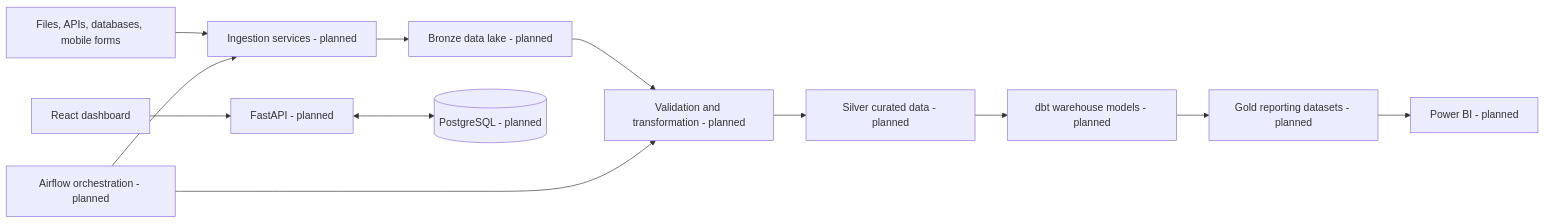
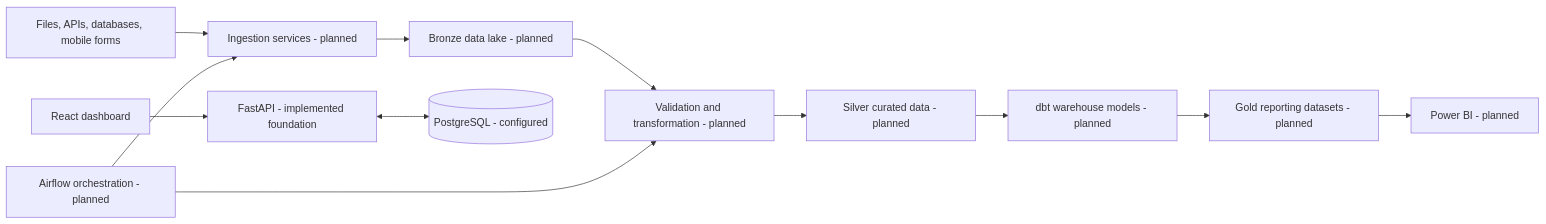
Before and after one commit to Zamokuhlecoder/ImpactFlow: the second of 2 diagrams in docs/SYSTEM_ARCHITECTURE.md, drawn with Mermaid. The commit also changed other lines of this file and 26 other files, not shown here.

````diff
--- a/docs/SYSTEM_ARCHITECTURE.md
+++ b/docs/SYSTEM_ARCHITECTURE.md
@@ -20,14 +22,14 @@
 ```mermaid
 flowchart LR
     S[Files, APIs, databases, mobile forms] --> I[Ingestion services - planned]
     I --> B[Bronze data lake - planned]
     B --> T[Validation and transformation - planned]
     T --> SI[Silver curated data - planned]
     SI --> D[dbt warehouse models - planned]
     D --> G[Gold reporting datasets - planned]
     G --> BI[Power BI - planned]
-    API[FastAPI - planned] <--> PG[(PostgreSQL - planned)]
+    API[FastAPI - implemented foundation] <--> PG[(PostgreSQL - configured)]
     FE[React dashboard] --> API
     O[Airflow orchestration - planned] --> I
     O --> T
 ```
````
